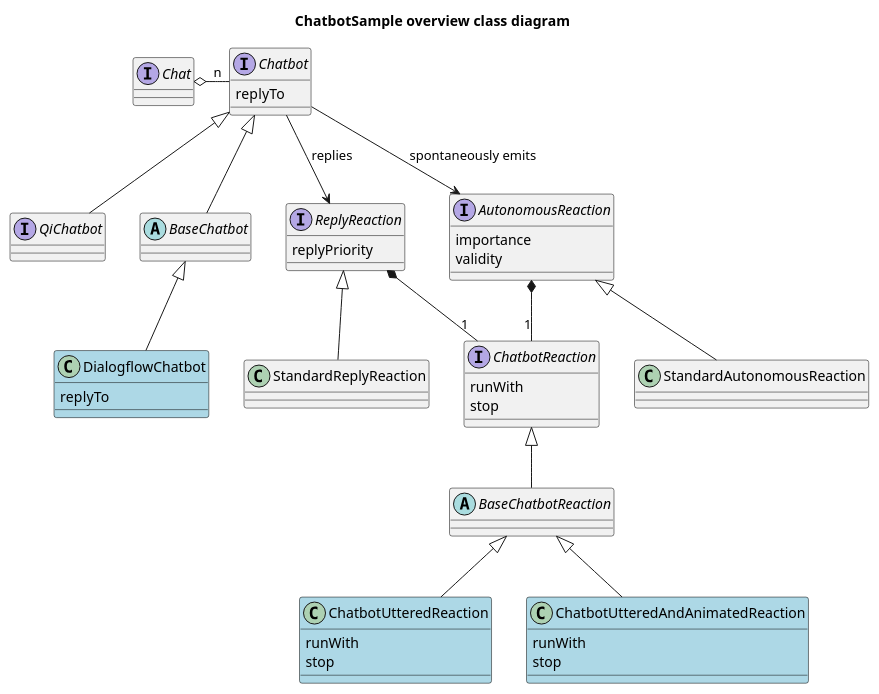
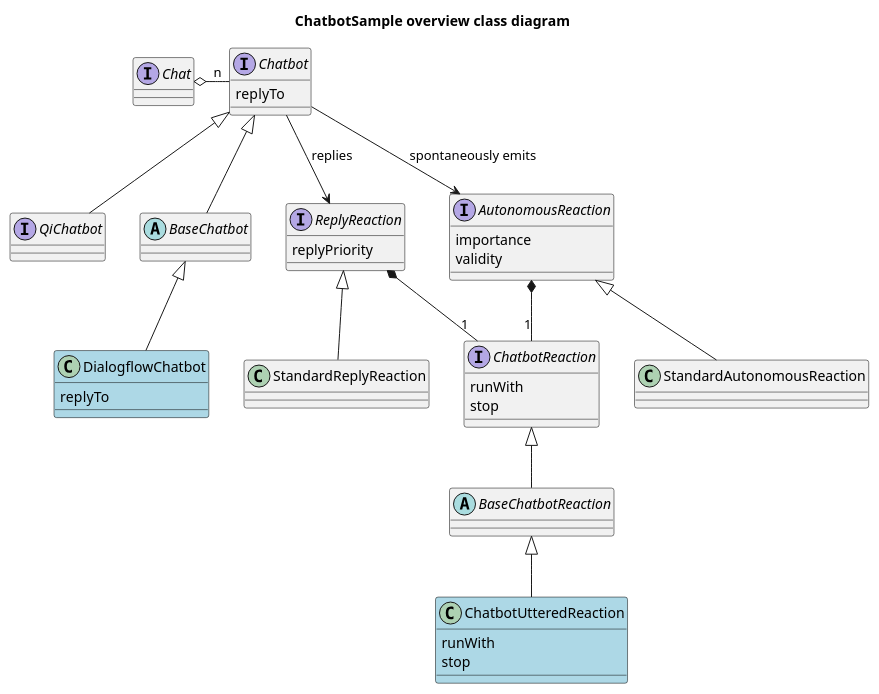
One commit to aldebaran/qisdk-sample-chatbot changed the diagram in classDiagram.plantuml. Above: the diagram before and after it, drawn with PlantUML. The commit also changed 2 other files, not shown here.

Commit message:
updated readme + diagrams

```diff
--- a/classDiagram.plantuml
+++ b/classDiagram.plantuml
@@ -1,73 +1,69 @@
 @startuml
 
 title ChatbotSample overview class diagram
 
 skinparam titleBorderThickness 2
 
 skinparam class {
     BorderColor Black
 	BackgroundColor<<ChatbotDevelopper>> LightBlue
 }
 hide stereotypes
 
 interface Chat {
 }
 interface Chatbot {
     replyTo
 }
 interface QiChatbot {
 }
 abstract class BaseChatbot
 
 interface ChatbotReaction {
     runWith
     stop
 }
 
 interface ReplyReaction {
     replyPriority
 }
 
 interface AutonomousReaction {
     importance
     validity
 }
 
 abstract class BaseChatbotReaction 
 class StandardReplyReaction 
 class StandardAutonomousReaction 
 
 class DialogflowChatbot<<ChatbotDevelopper>> {
     replyTo
 }
 
 class ChatbotUtteredReaction<<ChatbotDevelopper>> {
     runWith
     stop
 }
-class ChatbotUtteredAndAnimatedReaction<<ChatbotDevelopper>> {
-    runWith
-    stop
-}
+
 
 Chat o-right- "n" Chatbot
 Chatbot <|-- QiChatbot
 Chatbot <|-- BaseChatbot
 BaseChatbot <|-- DialogflowChatbot
 
 Chatbot --> ReplyReaction : replies
 
 ReplyReaction <|-- StandardReplyReaction
 AutonomousReaction <|-- StandardAutonomousReaction
 
 ChatbotReaction <|-- BaseChatbotReaction
-BaseChatbotReaction <|-- ChatbotUtteredAndAnimatedReaction
 BaseChatbotReaction <|-- ChatbotUtteredReaction
 
 ReplyReaction  *-- "1" ChatbotReaction
 AutonomousReaction *-- "1" ChatbotReaction
 
 Chatbot --> AutonomousReaction : spontaneously emits
 
 
 @enduml
```
